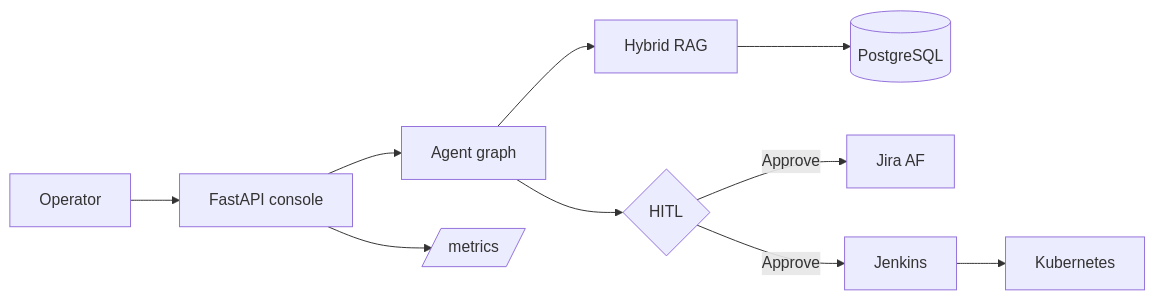
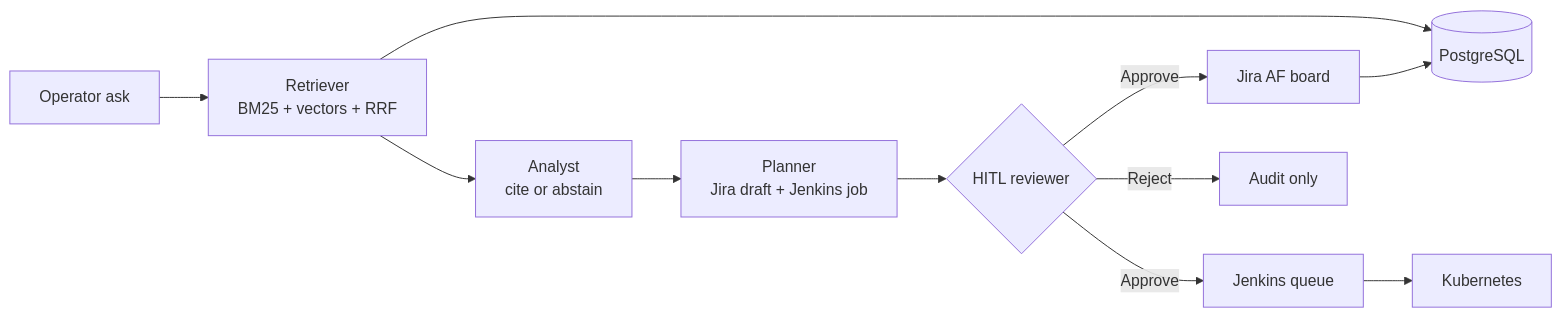
The diagram in README.md (Ananyanagaraj11/aetherforge), drawn with Mermaid before and after one commit. The commit also changed other lines of this file, not shown here.

````diff
--- a/README.md
+++ b/README.md
@@ -35,12 +64,13 @@
 ```mermaid
 flowchart LR
-  U[Operator] --> API[FastAPI console]
-  API --> G[Agent graph]
-  G --> RAG[Hybrid RAG]
-  RAG --> PG[(PostgreSQL)]
-  G --> HITL{HITL}
-  HITL -->|Approve| Jira[Jira AF]
-  HITL -->|Approve| Jen[Jenkins]
-  Jen --> K8s[Kubernetes]
-  API --> Prom[/metrics/]
+  Q[Operator ask] --> R[Retriever<br/>BM25 + vectors + RRF]
+  R --> A[Analyst<br/>cite or abstain]
+  A --> P[Planner<br/>Jira draft + Jenkins job]
+  P --> H{HITL reviewer}
+  H -->|Approve| J[Jira AF board]
+  H -->|Approve| C[Jenkins queue]
+  H -->|Reject| X[Audit only]
+  R --> DB[(PostgreSQL)]
+  J --> DB
+  C --> K8s[Kubernetes]
 ```
````
